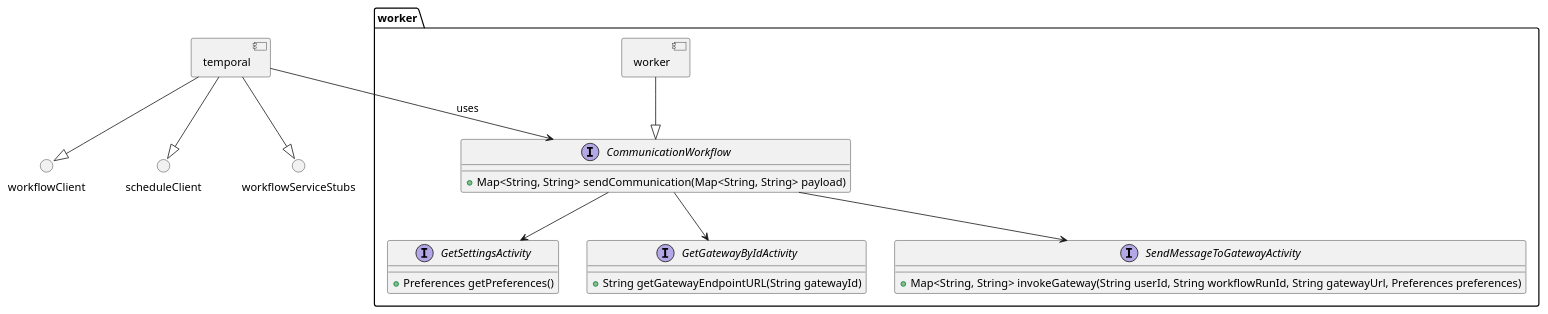
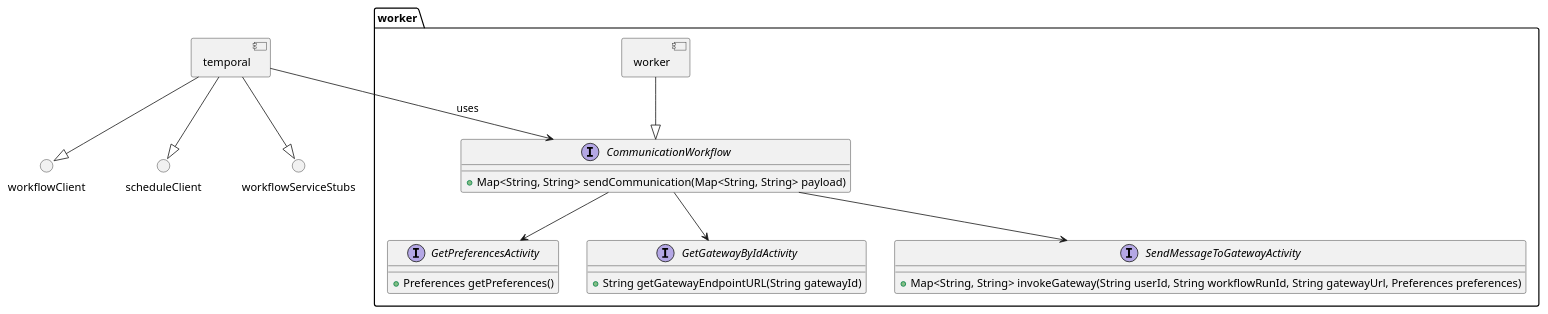
Before and after one commit to CameronWard301/communication_scheduler: the diagram in Designs/System Context/Components/WorkerInterfaces.puml, drawn with PlantUML. The commit also changed 23 other files, not shown here.

```diff
--- a/Designs/System Context/Components/WorkerInterfaces.puml
+++ b/Designs/System Context/Components/WorkerInterfaces.puml
@@ -1,44 +1,44 @@
 @startuml Component Interfaces
 
 component temporal {
 }
 
 () workflowClient
 () scheduleClient
 () workflowServiceStubs
 
 
 workflowServiceStubs <|-u- temporal
 workflowClient <|-u- temporal
 scheduleClient <|-u- temporal
 
 
 package "worker" as workerGroup {
     component worker{
     }
 
     interface CommunicationWorkflow {
         + Map<String, String> sendCommunication(Map<String, String> payload)
     }
 
-    interface GetSettingsActivity {
+    interface GetPreferencesActivity {
         + Preferences getPreferences()
     }
 
     interface GetGatewayByIdActivity {
         + String getGatewayEndpointURL(String gatewayId)
     }
 
     interface SendMessageToGatewayActivity {
         + Map<String, String> invokeGateway(String userId, String workflowRunId, String gatewayUrl, Preferences preferences)
     }
 
     worker --|> CommunicationWorkflow
-    CommunicationWorkflow --> GetSettingsActivity
+    CommunicationWorkflow --> GetPreferencesActivity
     CommunicationWorkflow --> SendMessageToGatewayActivity
     CommunicationWorkflow --> GetGatewayByIdActivity
 }
 
 temporal --> CommunicationWorkflow: uses
 
 @enduml
```
